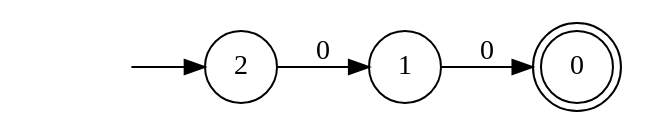
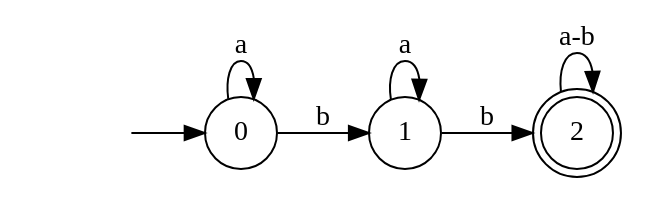
The diagram in dotfiles/DFA20.dot (Faymiaouent/Automa4U), drawn with Graphviz before and after one commit. The commit also changed 86 other files, not shown here.

```diff
--- a/dotfiles/DFA20.dot
+++ b/dotfiles/DFA20.dot
@@ -1,10 +1,13 @@
 digraph Automaton {
   rankdir = LR;
-0 [shape=doublecircle]; 
-node [shape=circle];
-  1 -> 0 [label="0"];
 node [shape=circle];
   initial [shape=plaintext,label=""];
-  initial -> 2
-  2 -> 1 [label="0"];
+  initial -> 0
+  0 -> 0 [label="a"];
+  0 -> 1 [label="b"];
+node [shape=circle];
+  1 -> 1 [label="a"];
+  1 -> 2 [label="b"];
+2 [shape=doublecircle]; 
+  2 -> 2 [label="a-b"];
 }
```
